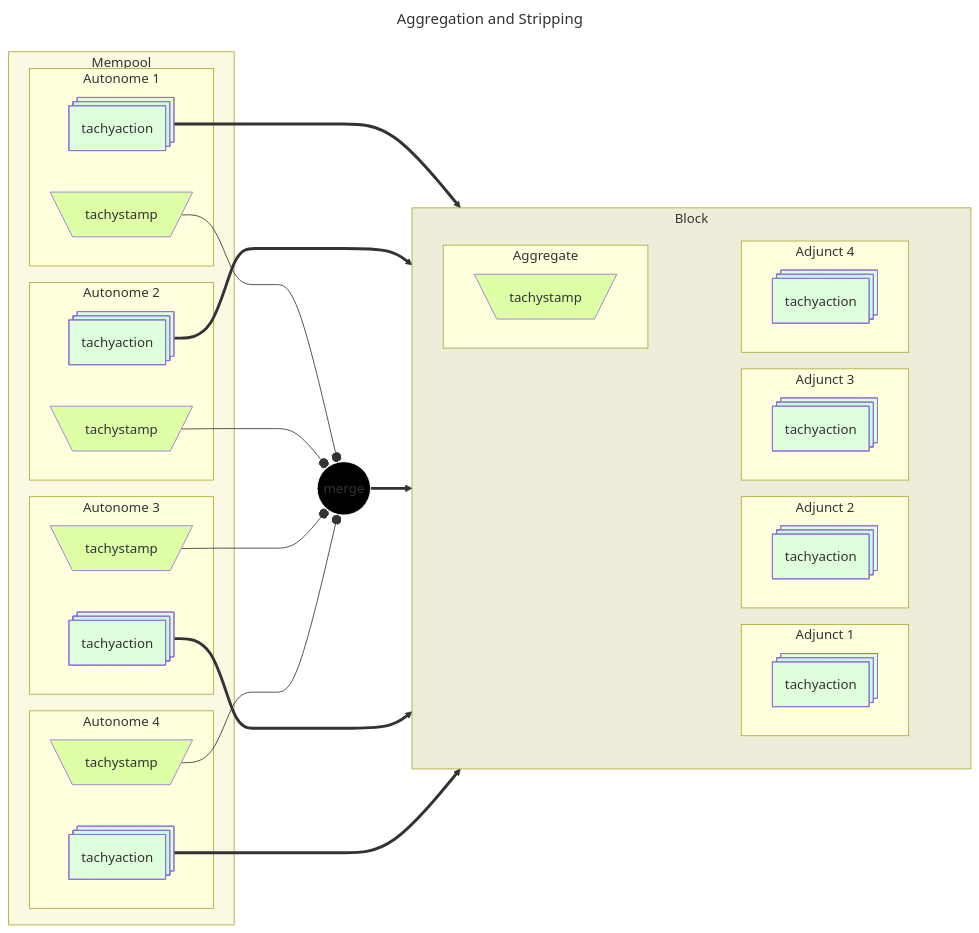
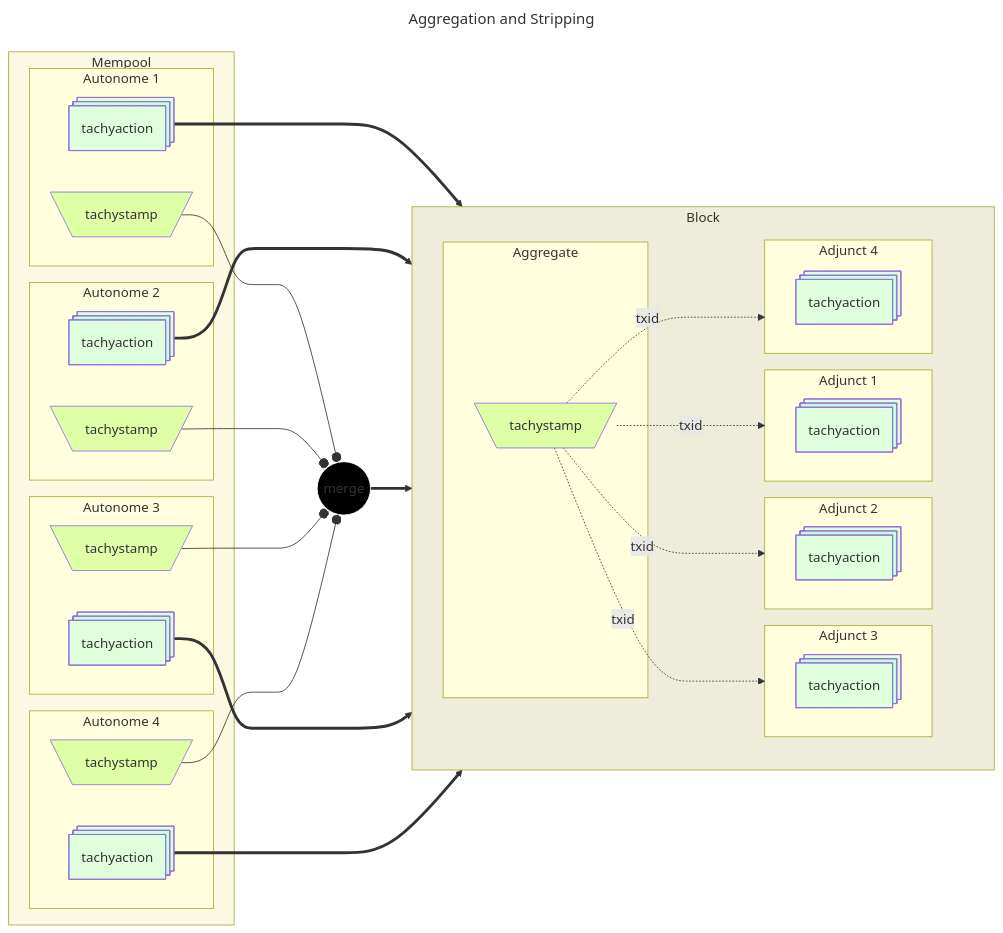
The diagram in book/src/aggregation.md (turbocrime/tachyon), drawn with Mermaid before and after one commit. The commit also changed other lines of this file and 18 other files, not shown here.

````diff
--- a/book/src/aggregation.md
+++ b/book/src/aggregation.md
@@ -75,70 +78,72 @@
 ```mermaid
 ---
 title: Aggregation and Stripping
 ---
 flowchart LR
     classDef tstamp fill:#7fff0040
     classDef ta_vec fill:#7fffd440
     classDef proof fill:#da70d640
     classDef txanchor fill:f0fff040
 
     style agg fill:black,stroke:white
     style invisible fill:none,stroke:none
     style pool fill:#f0e68c40
     style block fill:#bdb76b40
 
 
     subgraph pool["Mempool"]
         subgraph mp1["Autonome 1"]
             mp1_ta:::ta_vec@{ shape: procs, label: "tachyaction" }
             mp1_ts:::tstamp@{ shape: trap-t, label: "tachystamp" }
         end
         subgraph mp2["Autonome 2"]
             mp2_ta:::ta_vec@{ shape: procs, label: "tachyaction" }
             mp2_ts:::tstamp@{ shape: trap-t, label: "tachystamp" }
         end
         subgraph mp3["Autonome 3"]
             mp3_ta:::ta_vec@{ shape: procs, label: "tachyaction" }
             mp3_ts:::tstamp@{ shape: trap-t, label: "tachystamp" }
         end
         subgraph mp4["Autonome 4"]
             mp4_ta:::ta_vec@{ shape: procs, label: "tachyaction" }
             mp4_ts:::tstamp@{ shape: trap-t, label: "tachystamp" }
         end
     end
 
     mp1_ts ---o agg
     mp1_ta ==> bk1_ta
     mp2_ta ==> bk2_ta
     mp2_ts ---o agg
     agg(("merge")) ==> bk0_ts
     mp3_ta ==> bk3_ta
     mp3_ts ---o agg
     mp4_ta ==> bk4_ta
     mp4_ts ---o agg
 
     subgraph block["Block"]
         direction LR
 
         subgraph bk0["Aggregate"]
             bk0_ts:::tstamp@{ shape: trap-t, label: "tachystamp" }
         end
 
         bk0 ~~~ invisible
 
         subgraph invisible[" "]
             subgraph bk1["Adjunct 1"]
                 bk1_ta:::ta_vec@{ shape: procs, label: "tachyaction" }
             end
             subgraph bk2["Adjunct 2"]
                 bk2_ta:::ta_vec@{ shape: procs, label: "tachyaction" }
             end
             subgraph bk3["Adjunct 3"]
                 bk3_ta:::ta_vec@{ shape: procs, label: "tachyaction" }
             end
             subgraph bk4["Adjunct 4"]
                 bk4_ta:::ta_vec@{ shape: procs, label: "tachyaction" }
             end
         end
     end
+
+    bk0_ts -.->|txid| bk1 & bk2 & bk3 & bk4
 ```
````
